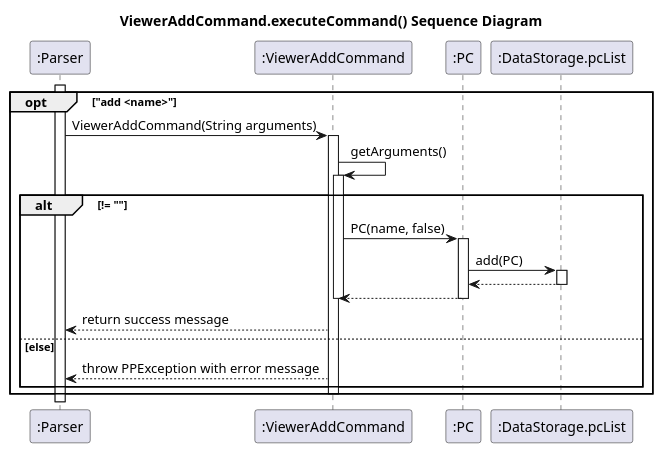
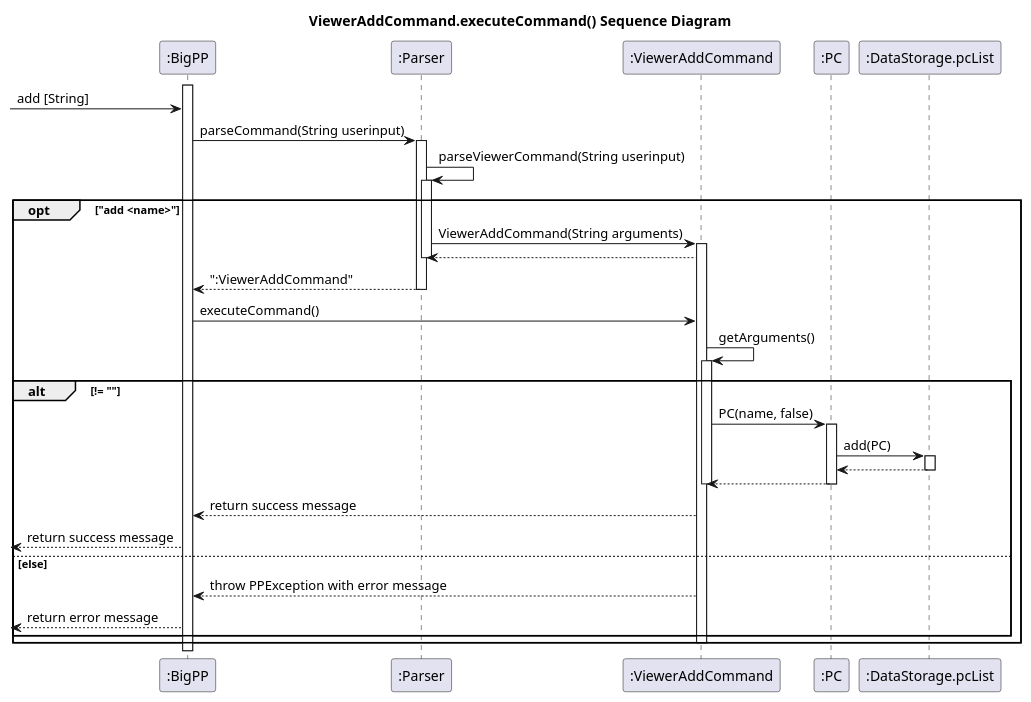
One commit to typingpanda/tp changed the diagram in docs/uml-source/ViewerAddCommand.puml. Above: the diagram before and after it, drawn with PlantUML. The commit also changed 3 other files, not shown here.

Commit message:
Edit Developer Guide to include outcomes for each example Update ViewerAddCommand sequence diagram and description Update UserGuide on the notes for the filter command and output for the help command

```diff
--- a/docs/uml-source/ViewerAddCommand.puml
+++ b/docs/uml-source/ViewerAddCommand.puml
@@ -1,32 +1,46 @@
 @startuml
 title ViewerAddCommand.executeCommand() Sequence Diagram
 
+participant ":BigPP" as BigPP
 participant ":Parser" as Parser
 participant ":ViewerAddCommand" as ViewerAddCommand
 participant ":PC" as PC
 participant ":DataStorage.pcList" as DataStorage.pcList
 
+activate BigPP
+-> BigPP: add [String]
+BigPP -> Parser: parseCommand(String userinput)
+activate Parser
+Parser -> Parser: parseViewerCommand(String userinput)
 activate Parser
 opt "add <name>"
 Parser -> ViewerAddCommand: ViewerAddCommand(String arguments)
 activate ViewerAddCommand
+ViewerAddCommand --> Parser
+deactivate Parser
+Parser --> BigPP: ":ViewerAddCommand"
+deactivate Parser
+BigPP -> ViewerAddCommand: executeCommand()
 ViewerAddCommand -> ViewerAddCommand: getArguments()
 activate ViewerAddCommand
 alt != ""
     ViewerAddCommand -> PC: PC(name, false)
     activate PC
     PC -> DataStorage.pcList: add(PC)
     activate DataStorage.pcList
     DataStorage.pcList --> PC
     deactivate DataStorage.pcList
     PC --> ViewerAddCommand
     deactivate PC
     deactivate ViewerAddCommand
-    ViewerAddCommand --> Parser: return success message
+    ViewerAddCommand --> BigPP: return success message
+    <-- BigPP: return success message
+
 else else
-    ViewerAddCommand --> Parser: throw PPException with error message
+    ViewerAddCommand --> BigPP: throw PPException with error message
+    <-- BigPP: return error message
 end
 
 deactivate ViewerAddCommand
 end
 @enduml
```
